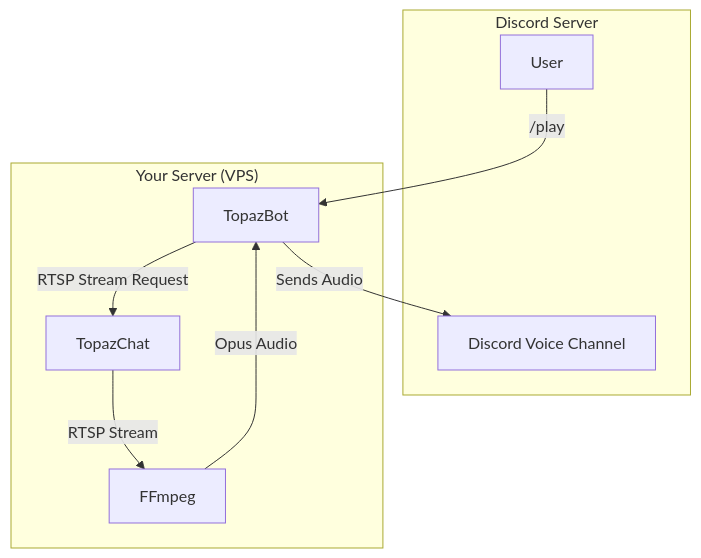
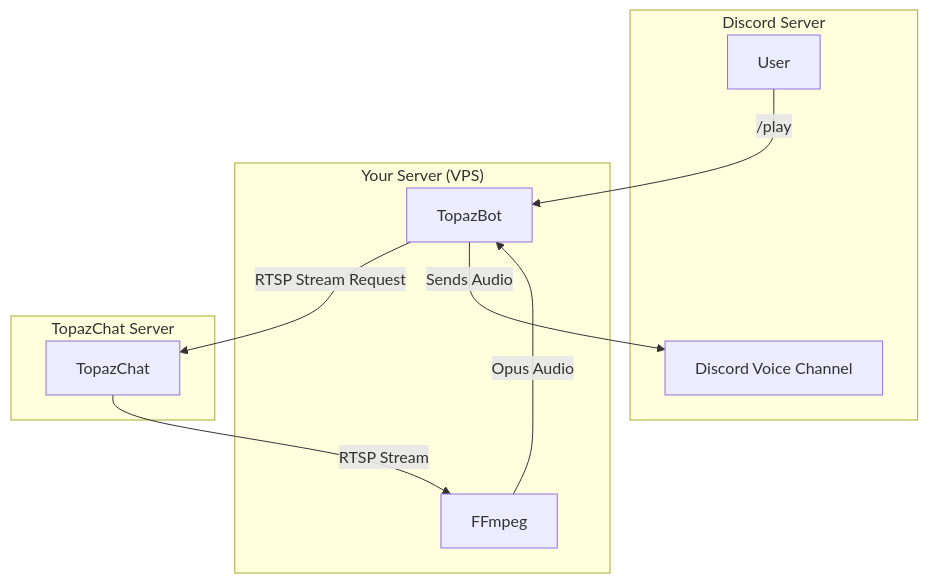
The diagram in README-JP.md (emerauda/TopazBot), drawn with Mermaid before and after one commit. The commit also changed 1 other file, not shown here.

Commit message:
fix: update diagram in README to include TopazChat server

````diff
--- a/README-JP.md
+++ b/README-JP.md
@@ -176,19 +176,22 @@
 ```mermaid
 graph TD
     subgraph "Discord Server"
         User
         DiscordVoiceChannel[Discord Voice Channel]
     end
 
     subgraph "Your Server (VPS)"
         TopazBot
+        FFmpeg
+    end
+
+    subgraph "TopazChat Server"
         TopazChat
-        FFmpeg
     end
 
     User -- "/play" --> TopazBot
     TopazBot -- "RTSP Stream Request" --> TopazChat
     TopazChat -- "RTSP Stream" --> FFmpeg
     FFmpeg -- "Opus Audio" --> TopazBot
-    TopazBot -- "Sends Audio" --> DiscordVoiceChannel[Discord Voice Channel]
+    TopazBot -- "Sends Audio" --> DiscordVoiceChannel
 ```
````
